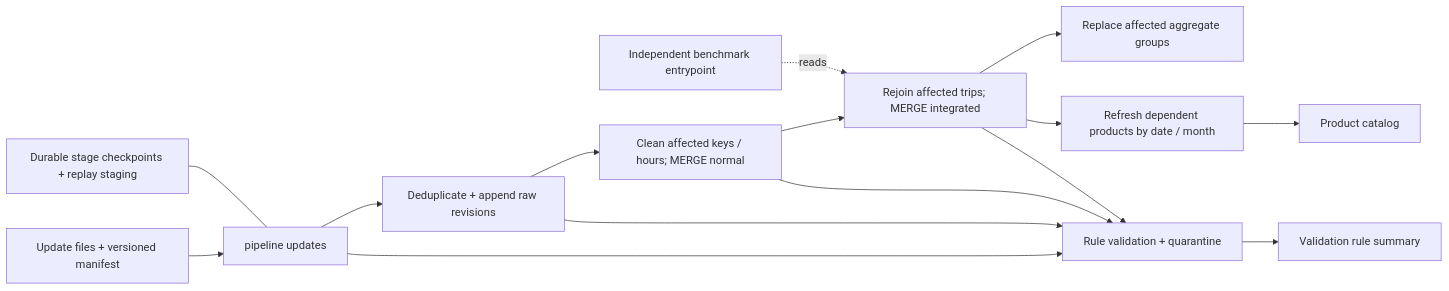
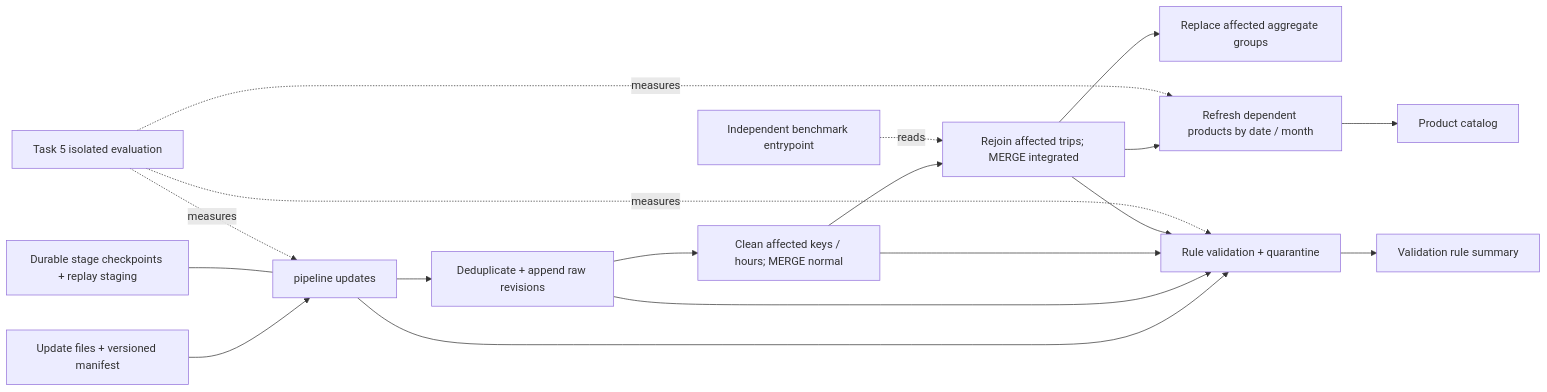
The first of 3 diagrams in docs/architecture.md (zhoubin0216/lakehouse), drawn with Mermaid before and after one commit. The commit also changed 11 other files, not shown here.

````diff
--- a/docs/architecture.md
+++ b/docs/architecture.md
@@ -5,17 +5,20 @@
 ```mermaid
 flowchart LR
     Files["Update files + versioned manifest"] --> Updates["pipeline updates"]
     Updates --> RawMerge["Deduplicate + append raw revisions"]
     RawMerge --> NormalMerge["Clean affected keys / hours; MERGE normal"]
     NormalMerge --> IntegratedMerge["Rejoin affected trips; MERGE integrated"]
     IntegratedMerge --> Aggregates["Replace affected aggregate groups"]
     IntegratedMerge --> Products["Refresh dependent products by date / month"]
     State["Durable stage checkpoints + replay staging"] --- Updates
     Products --> Catalog["Product catalog"]
     Benchmark["Independent benchmark entrypoint"] -. reads .-> IntegratedMerge
     Updates --> Validation["Rule validation + quarantine"]
     RawMerge --> Validation
     NormalMerge --> Validation
     IntegratedMerge --> Validation
     Validation --> Summary["Validation rule summary"]
+    Evaluation["Task 5 isolated evaluation"] -. measures .-> Updates
+    Evaluation -. measures .-> Products
+    Evaluation -. measures .-> Validation
 ```
````
